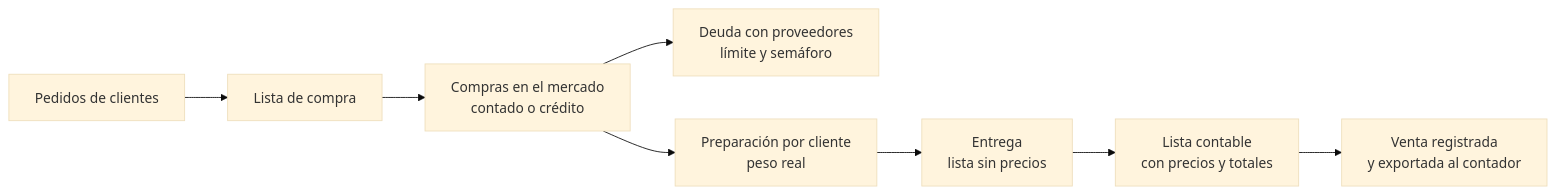
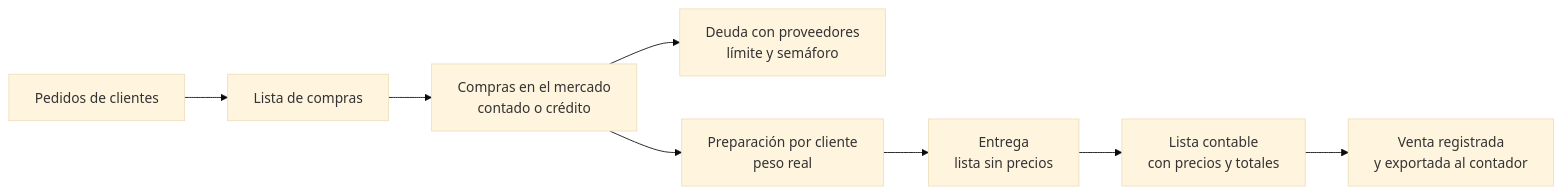
One commit to Facumirande/sistema-juan changed the diagram in docs/plan/README.md. Above: the diagram before and after it, drawn with Mermaid (base theme). The commit also changed other lines of this file and 66 other files, not shown here.

First line of the commit message:
Pedidos sin confirmar, lista de compras con "Lo compré", preparación por cliente y limpieza del plan

````diff
--- a/docs/plan/README.md
+++ b/docs/plan/README.md
@@ -14,10 +14,10 @@
 ```mermaid
 flowchart LR
-    A["Pedidos de clientes"] --> B["Lista de compra"]
+    A["Pedidos de clientes"] --> B["Lista de compras"]
     B --> C["Compras en el mercado<br/>contado o crédito"]
     C --> D["Deuda con proveedores<br/>límite y semáforo"]
     C --> E["Preparación por cliente<br/>peso real"]
     E --> F["Entrega<br/>lista sin precios"]
     F --> G["Lista contable<br/>con precios y totales"]
     G --> H["Venta registrada<br/>y exportada al contador"]
 ```
````
